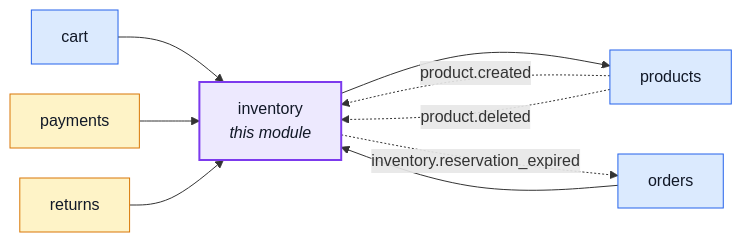
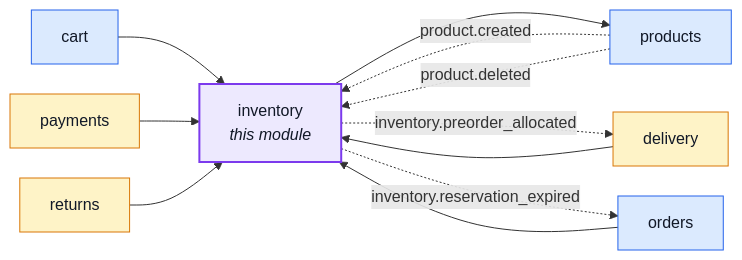
The first of 2 diagrams in docs/modules/inventory.md (Guebbit/boilerplate-node-backend), drawn with Mermaid before and after one commit. The commit also changed 17 other files, not shown here.

First line of the commit message:
feat(delivery): release a paid preorder's fulfillment order when its stock is allocated

````diff
--- a/docs/modules/inventory.md
+++ b/docs/modules/inventory.md
@@ -18,27 +18,30 @@
 ```mermaid
 %%{init: {'flowchart': {'nodeSpacing': 30, 'rankSpacing': 60}}}%%
 flowchart LR
     inventory["inventory<br/><i>this module</i>"]
     cart["cart"]
+    delivery["delivery"]
     orders["orders"]
     payments["payments"]
     products["products"]
     returns["returns"]
 
     cart --> inventory
+    delivery --> inventory
     orders --> inventory
     payments --> inventory
     returns --> inventory
     inventory --> products
     products -. "product.created" .-> inventory
     products -. "product.deleted" .-> inventory
+    inventory -. "inventory.preorder_allocated" .-> delivery
     inventory -. "inventory.reservation_expired" .-> orders
 
     classDef core fill:#dbeafe,stroke:#2563eb,color:#111827;
     classDef supporting fill:#fef3c7,stroke:#d97706,color:#111827;
     classDef generic fill:#dcfce7,stroke:#16a34a,color:#111827;
     classDef centre fill:#ede9fe,stroke:#7c3aed,stroke-width:2px,color:#111827;
     class cart,orders,products core;
-    class payments,returns supporting;
+    class delivery,payments,returns supporting;
     class inventory centre;
 ```
````
